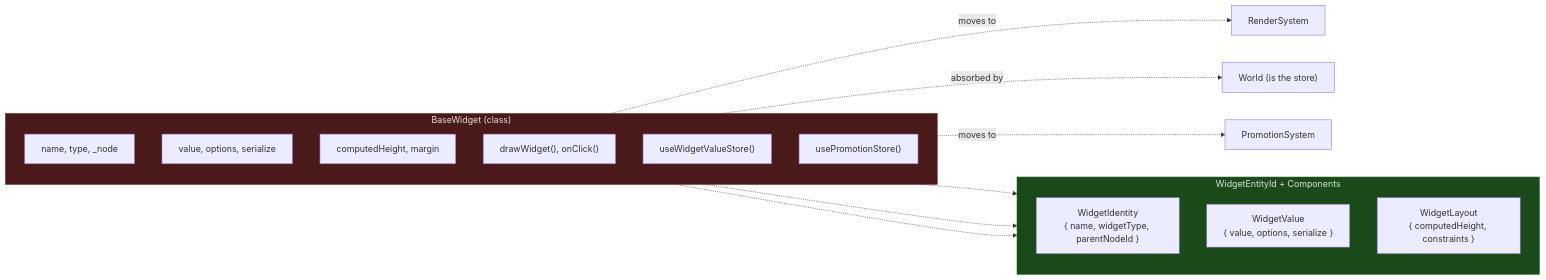
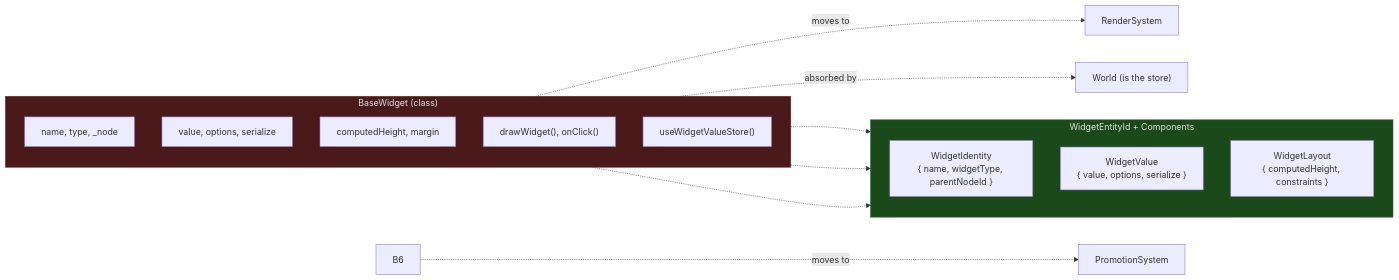
One commit to mg-org-4/sub-251027 changed the fifth of 12 diagrams in ComfyUI_frontend/docs/architecture/ecs-target-architecture.md. Above: the diagram before and after it, drawn with Mermaid. The commit also changed other lines of this file and 138 other files, not shown here.

````diff
--- a/ComfyUI_frontend/docs/architecture/ecs-target-architecture.md
+++ b/ComfyUI_frontend/docs/architecture/ecs-target-architecture.md
@@ -206,32 +206,31 @@
 ```mermaid
 graph LR
     subgraph Before["BaseWidget (class)"]
         direction TB
         B1["name, type, _node"]
         B2["value, options, serialize"]
         B3["computedHeight, margin"]
         B4["drawWidget(), onClick()"]
         B5["useWidgetValueStore()"]
-        B6["usePromotionStore()"]
     end
 
     subgraph After["WidgetEntityId + Components"]
         direction TB
         A1["WidgetIdentity
 { name, widgetType, parentNodeId }"]
         A2["WidgetValue
 { value, options, serialize }"]
         A3["WidgetLayout
 { computedHeight, constraints }"]
     end
 
     B1 -.-> A1
     B2 -.-> A2
     B3 -.-> A3
     B4 -.->|"moves to"| SYS1["RenderSystem"]
     B5 -.->|"absorbed by"| SYS2["World (is the store)"]
     B6 -.->|"moves to"| SYS3["PromotionSystem"]
 
     style Before fill:#4a1a1a,stroke:#6a2a2a,color:#e0e0e0
     style After fill:#1a4a1a,stroke:#2a6a2a,color:#e0e0e0
 ```
````
